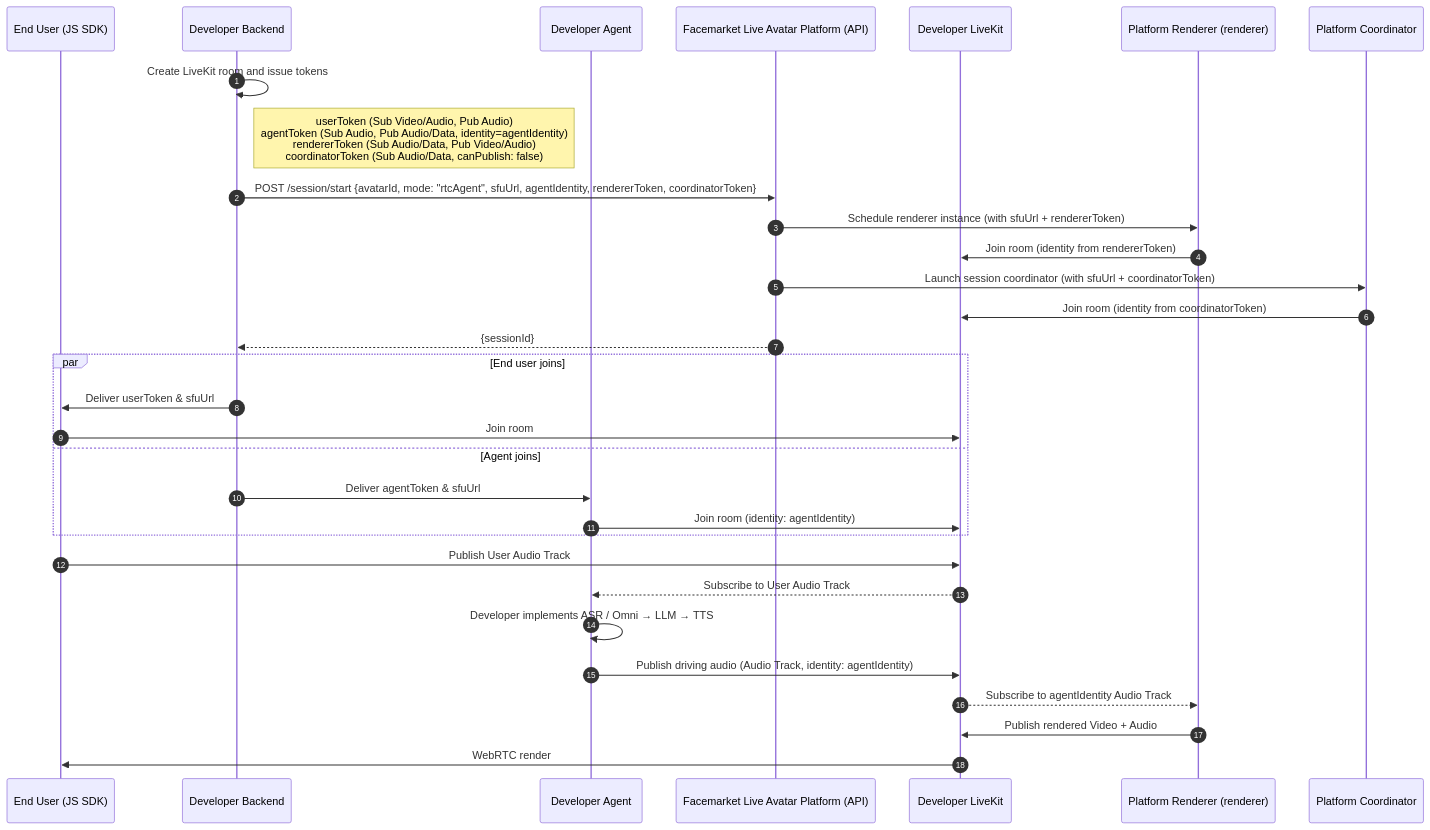
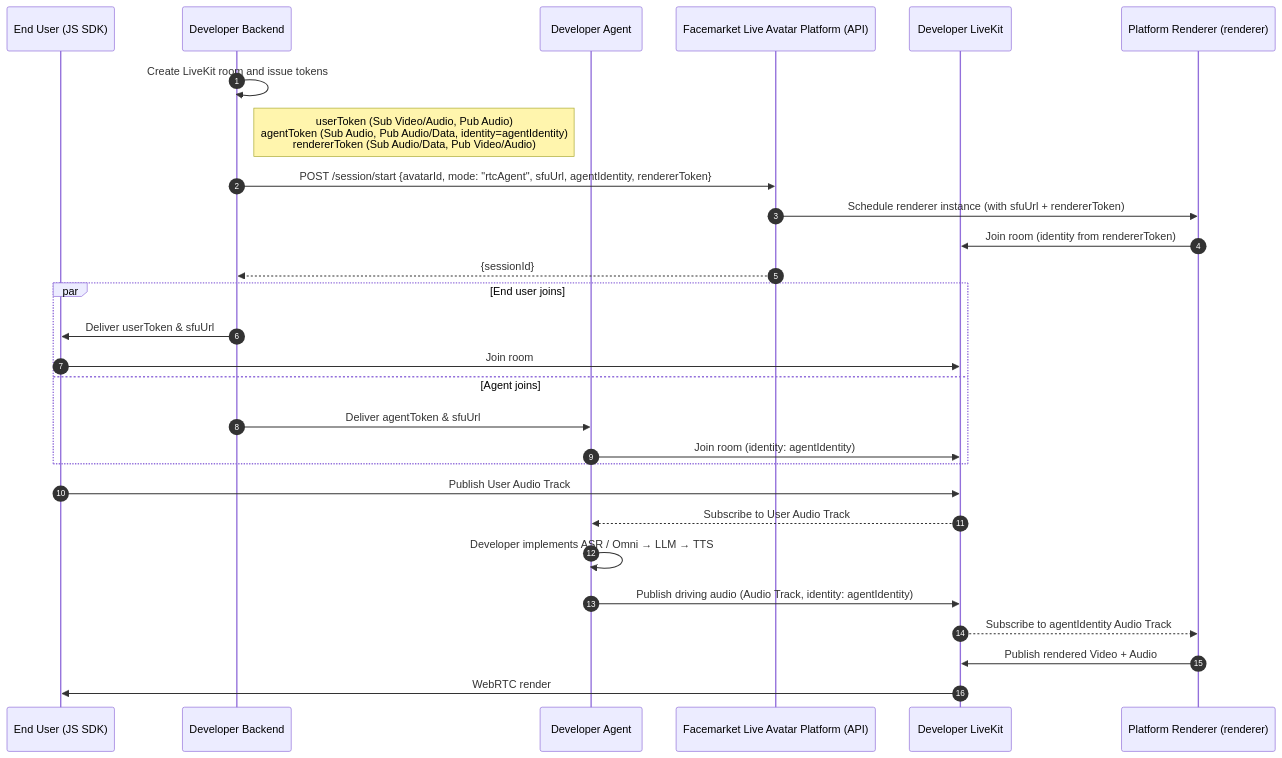
The third of 3 diagrams in Live Avatar Integration Guide.md (newportAI-lab/liveavatar-integration-guide), drawn with Mermaid before and after one commit. The commit also changed other lines of this file and 2 other files, not shown here.

Commit message:
remove coordinator from participants

````diff
--- a/Live Avatar Integration Guide.md
+++ b/Live Avatar Integration Guide.md
@@ -531,37 +520,34 @@
 ```mermaid
 sequenceDiagram
     autonumber
     participant Client as End User (JS SDK)
     participant Backend as Developer Backend
     participant Agent as Developer Agent
     participant Platform as Facemarket Live Avatar Platform (API)
     participant DevLiveKit as Developer LiveKit
     participant Renderer as Platform Renderer (renderer)
-    participant Coordinator as Platform Coordinator
 
     Backend->>Backend: Create LiveKit room and issue tokens
-    Note right of Backend: userToken (Sub Video/Audio, Pub Audio)<br/>agentToken (Sub Audio, Pub Audio/Data, identity=agentIdentity)<br/>rendererToken (Sub Audio/Data, Pub Video/Audio)<br/>coordinatorToken (Sub Audio/Data, canPublish: false)
+    Note right of Backend: userToken (Sub Video/Audio, Pub Audio)<br/>agentToken (Sub Audio, Pub Audio/Data, identity=agentIdentity)<br/>rendererToken (Sub Audio/Data, Pub Video/Audio)
 
-    Backend->>Platform: POST /session/start {avatarId, mode: "rtcAgent", sfuUrl, agentIdentity, rendererToken, coordinatorToken}
+    Backend->>Platform: POST /session/start {avatarId, mode: "rtcAgent", sfuUrl, agentIdentity, rendererToken}
     Platform->>Renderer: Schedule renderer instance (with sfuUrl + rendererToken)
     Renderer->>DevLiveKit: Join room (identity from rendererToken)
-    Platform->>Coordinator: Launch session coordinator (with sfuUrl + coordinatorToken)
-    Coordinator->>DevLiveKit: Join room (identity from coordinatorToken)
     Platform-->>Backend: {sessionId}
 
     par End user joins
         Backend->>Client: Deliver userToken & sfuUrl
         Client->>DevLiveKit: Join room
     and Agent joins
         Backend->>Agent: Deliver agentToken & sfuUrl
         Agent->>DevLiveKit: Join room (identity: agentIdentity)
     end
 
     Client->>DevLiveKit: Publish User Audio Track
     DevLiveKit-->>Agent: Subscribe to User Audio Track
     Agent->>Agent: Developer implements ASR / Omni → LLM → TTS
     Agent->>DevLiveKit: Publish driving audio (Audio Track, identity: agentIdentity)
     DevLiveKit-->>Renderer: Subscribe to agentIdentity Audio Track
     Renderer->>DevLiveKit: Publish rendered Video + Audio
     DevLiveKit->>Client: WebRTC render
 ```
````
